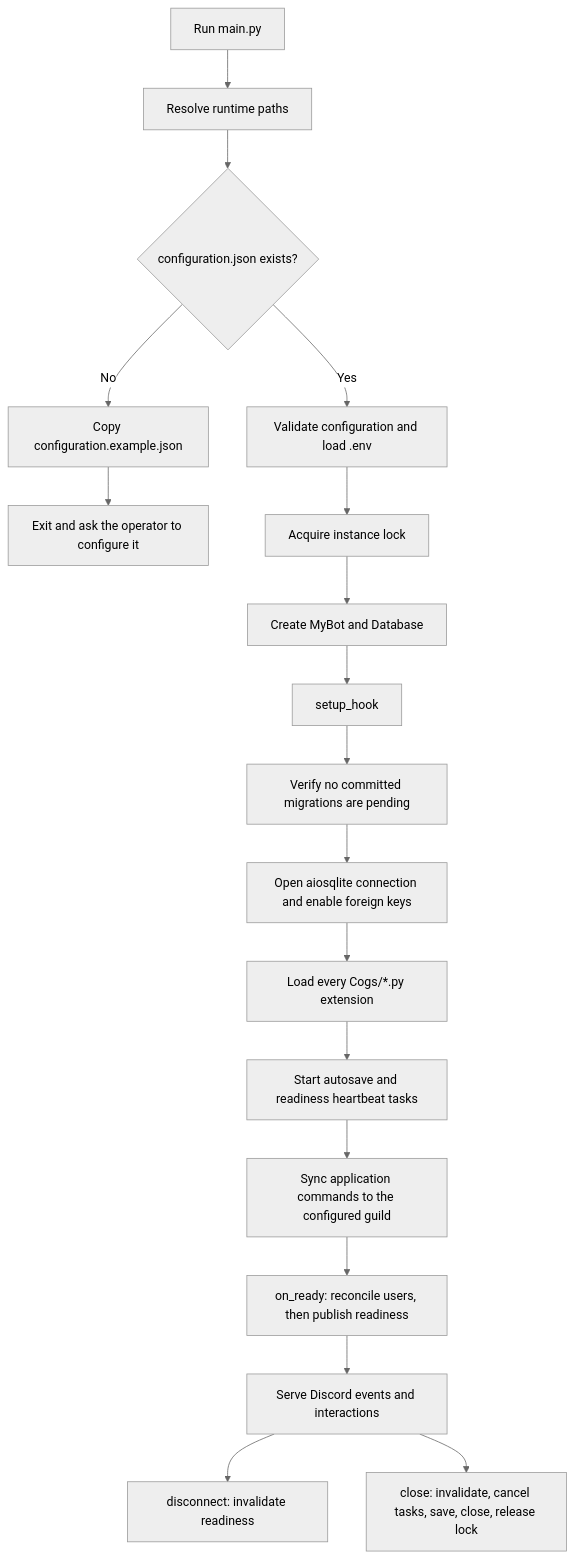
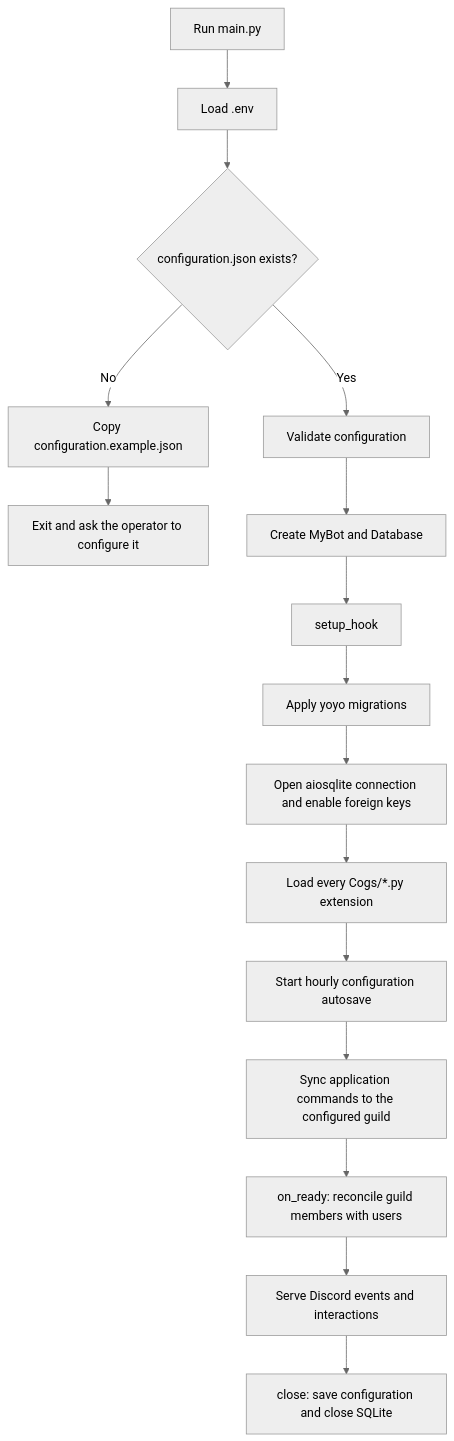
Before and after one commit to Bartolini515/FOGDiscordBot: the first of 2 diagrams in docs/architecture.md, drawn with Mermaid (neutral theme). The commit also changed other lines of this file and 32 other files, not shown here.

````diff
--- a/docs/architecture.md
+++ b/docs/architecture.md
@@ -21,20 +21,18 @@
 ```mermaid
 flowchart TD
-    A["Run main.py"] --> B["Resolve runtime paths"]
+    A["Run main.py"] --> B["Load .env"]
     B --> C{"configuration.json exists?"}
     C -- No --> D["Copy configuration.example.json"]
     D --> E["Exit and ask the operator to configure it"]
-    C -- Yes --> F["Validate configuration and load .env"]
-    F --> G["Acquire instance lock"]
-    G --> H["Create MyBot and Database"]
-    H --> I["setup_hook"]
-    I --> J["Verify no committed migrations are pending"]
-    J --> K["Open aiosqlite connection and enable foreign keys"]
-    K --> L["Load every Cogs/*.py extension"]
-    L --> M["Start autosave and readiness heartbeat tasks"]
-    M --> N["Sync application commands to the configured guild"]
-    N --> O["on_ready: reconcile users, then publish readiness"]
-    O --> P["Serve Discord events and interactions"]
-    P --> Q["disconnect: invalidate readiness"]
-    P --> R["close: invalidate, cancel tasks, save, close, release lock"]
+    C -- Yes --> F["Validate configuration"]
+    F --> G["Create MyBot and Database"]
+    G --> H["setup_hook"]
+    H --> I["Apply yoyo migrations"]
+    I --> J["Open aiosqlite connection and enable foreign keys"]
+    J --> K["Load every Cogs/*.py extension"]
+    K --> L["Start hourly configuration autosave"]
+    L --> M["Sync application commands to the configured guild"]
+    M --> N["on_ready: reconcile guild members with users"]
+    N --> O["Serve Discord events and interactions"]
+    O --> P["close: save configuration and close SQLite"]
 ```
````
